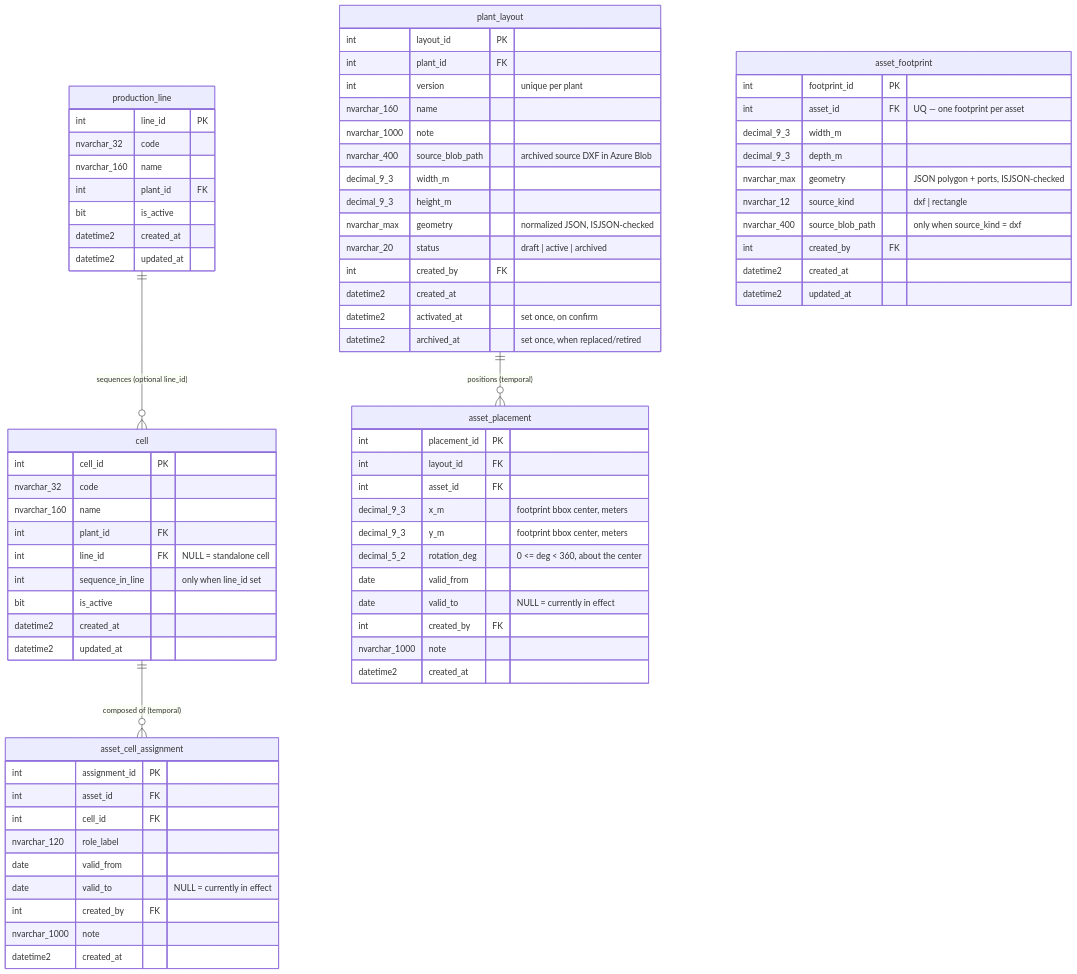
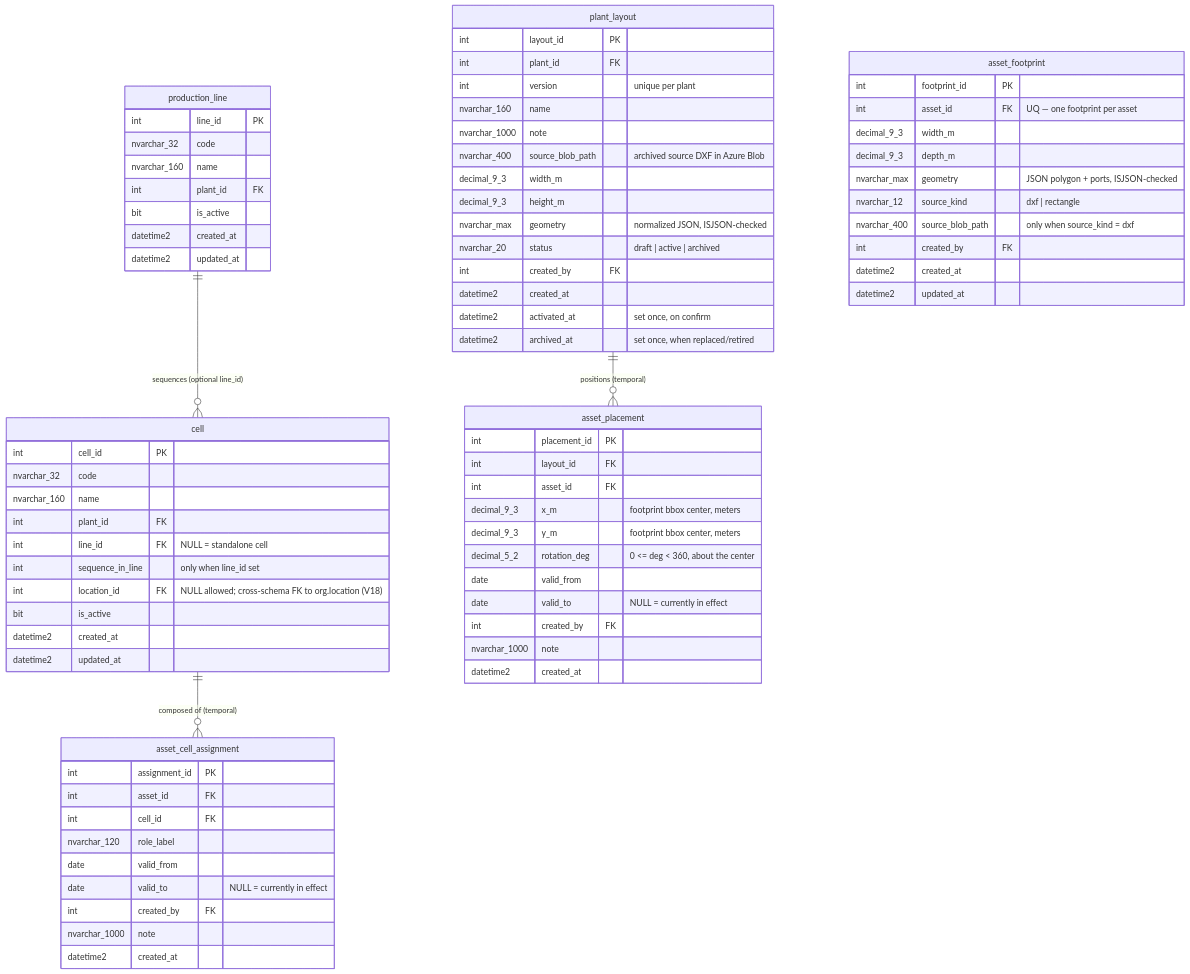
The diagram in docs/database/erd/production.md (AndresDRamos/EBI-WEB), drawn with Mermaid before and after one commit. The commit also changed other lines of this file and 55 other files, not shown here.

```diff
--- a/docs/database/erd/production.md
+++ b/docs/database/erd/production.md
@@ -33,6 +36,7 @@
         int plant_id FK
         int line_id FK "NULL = standalone cell"
         int sequence_in_line "only when line_id set"
+        int location_id FK "NULL allowed; cross-schema FK to org.location (V18)"
         bit is_active
         datetime2 created_at
         datetime2 updated_at
```
